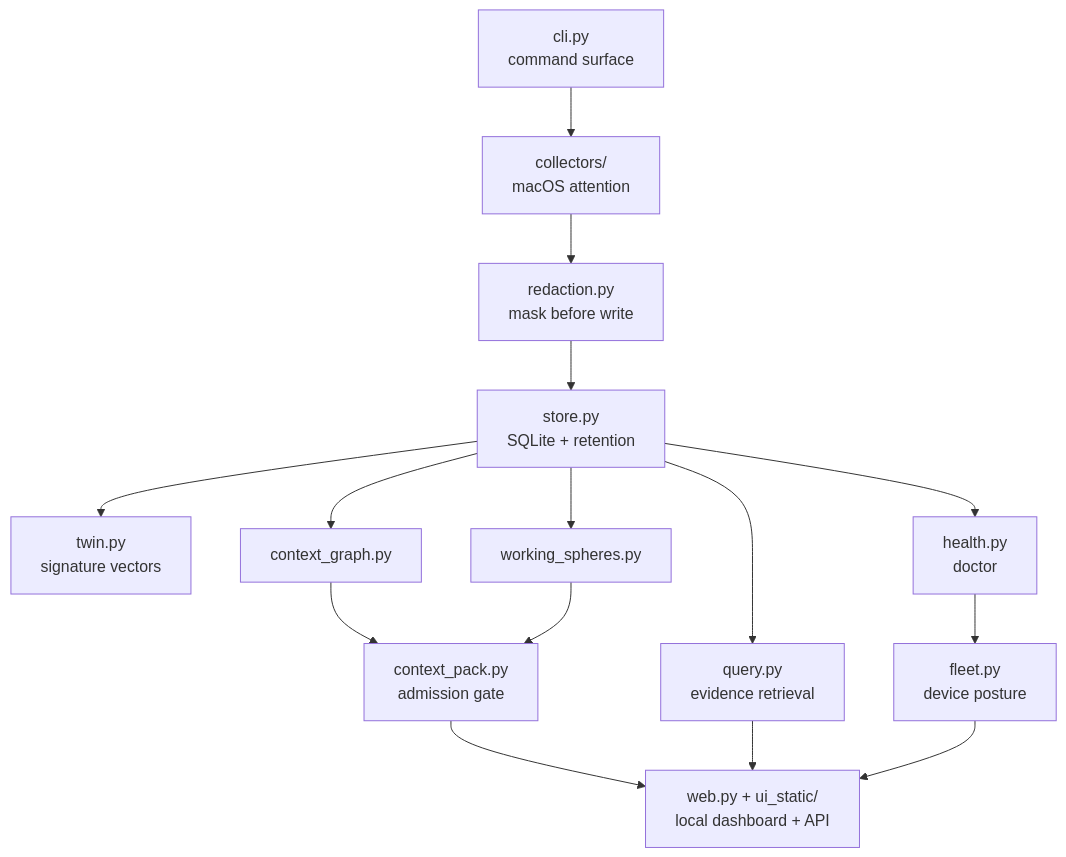
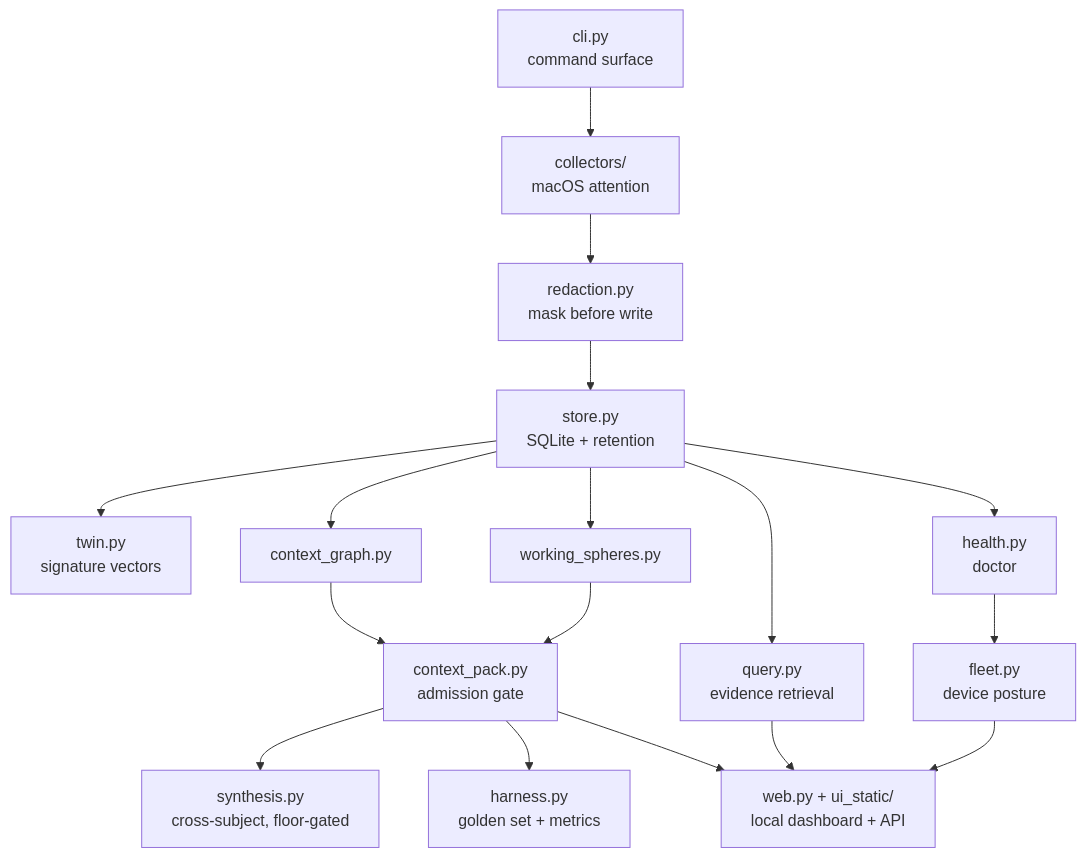
The fifth of 5 diagrams in README.md (gagans23/digital-twin-sensor), drawn with Mermaid before and after one commit. The commit also changed other lines of this file and 15 other files, not shown here.

````diff
--- a/README.md
+++ b/README.md
@@ -286,17 +387,19 @@
 ```mermaid
 flowchart TB
   cli["cli.py<br/>command surface"] --> collectors["collectors/<br/>macOS attention"]
   collectors --> redaction["redaction.py<br/>mask before write"]
   redaction --> store["store.py<br/>SQLite + retention"]
   store --> twin["twin.py<br/>signature vectors"]
   store --> cgraph["context_graph.py"]
   store --> spheres["working_spheres.py"]
   cgraph --> pack["context_pack.py<br/>admission gate"]
   spheres --> pack
   store --> query["query.py<br/>evidence retrieval"]
   store --> health["health.py<br/>doctor"]
   health --> fleet["fleet.py<br/>device posture"]
+  pack --> synth["synthesis.py<br/>cross-subject, floor-gated"]
+  pack --> harness["harness.py<br/>golden set + metrics"]
   pack --> web["web.py + ui_static/<br/>local dashboard + API"]
   query --> web
   fleet --> web
 ```
````
